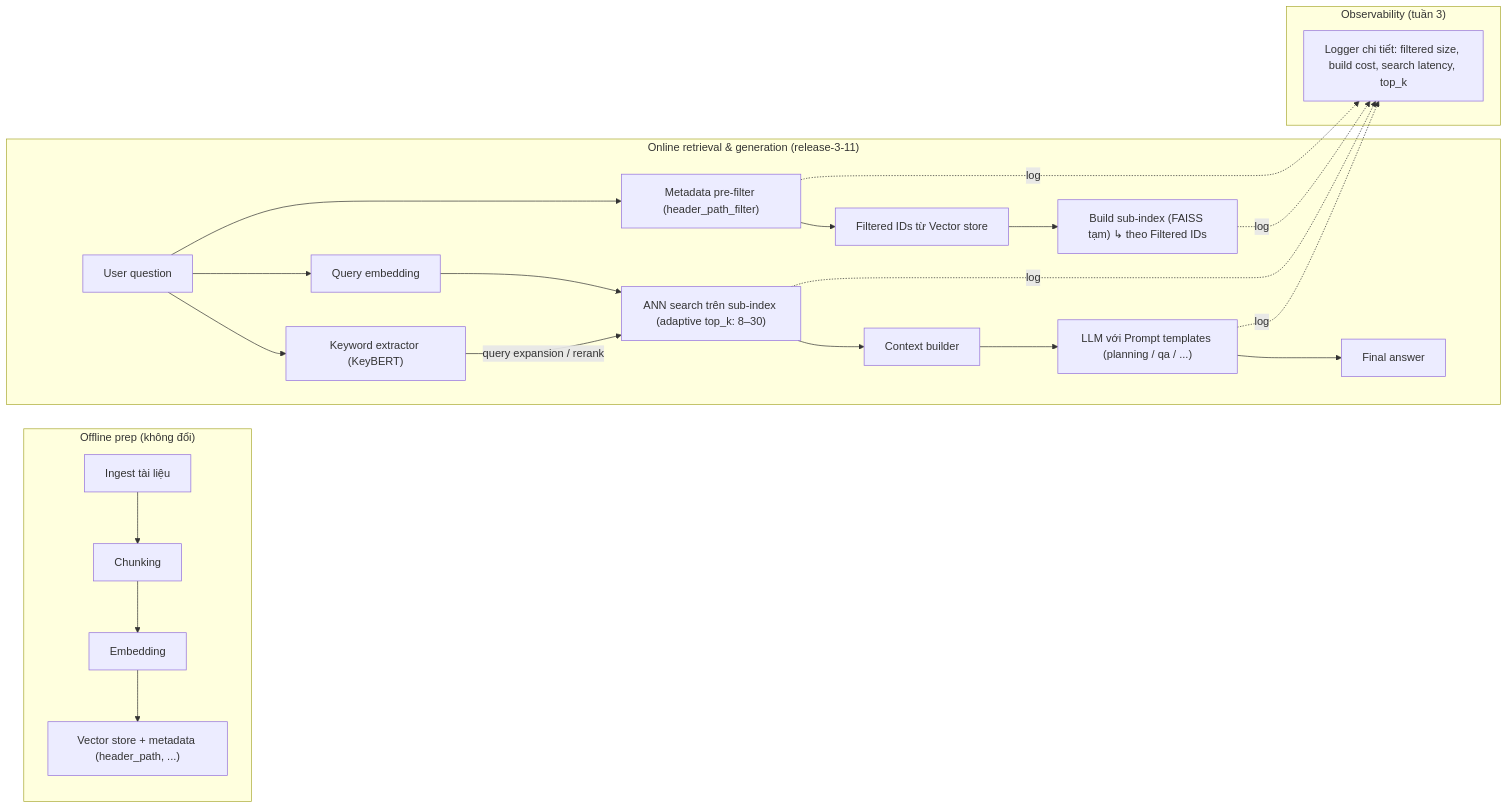
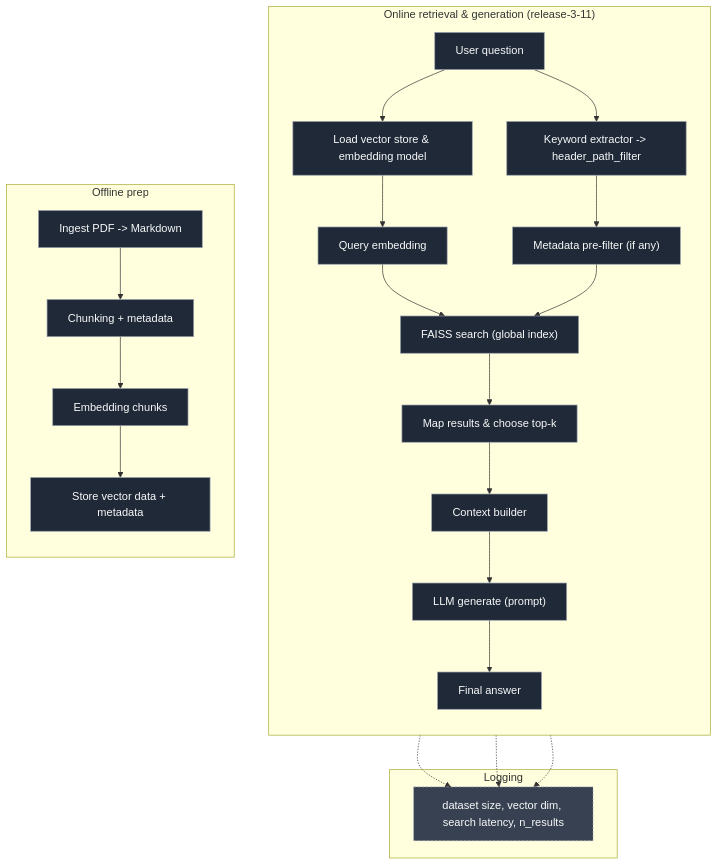
Before and after one commit to ngoctam033/Development-of-a-RAG-System-for-Vietnamese-Educational: the diagram in BaoCaoTuan_3.md, drawn with Mermaid. The commit also changed other lines of this file, not shown here.

Commit message:
fix mermaid diagram in week 3 report

````diff
--- a/BaoCaoTuan_3.md
+++ b/BaoCaoTuan_3.md
@@ -29,36 +29,50 @@
-```mermaid
-flowchart LR
-%% ========= OFFLINE PREP =========
-subgraph A ["Offline prep (không đổi)"]
-    A1["Ingest tài liệu"] --> A2["Chunking"]
-    A2 --> A3["Embedding"]
-    A3 --> A4["Vector store + metadata (header_path, ...)"]
+``` mermaid
+flowchart TB
+
+%% ---- Classes ----
+classDef block fill:#1f2937,stroke:#9ca3af,color:#f9fafb
+classDef obs   fill:#374151,stroke:#9ca3af,color:#f9fafb,stroke-dasharray:3 3
+
+%% ---- ONLINE ----
+subgraph B["Online retrieval & generation (release-3-11)"]
+direction TB
+  Q1["User question"]
+  Q3["Load vector store & embedding model"]
+  Q4["Query embedding"]
+  Q5["Metadata pre-filter (if any)"]
+  Q6["FAISS search (global index)"]
+  Q7["Map results & choose top-k"]
+  Q8["Context builder"]
+  Q9["LLM generate (prompt)"]
+  Q10["Final answer"]
+  Q2["Keyword extractor -> header_path_filter"]
+
+  Q1 --> Q3 --> Q4 --> Q6 --> Q7 --> Q8 --> Q9 --> Q10
+  Q1 --> Q2 --> Q5 --> Q6
 end
 
-%% ========= ONLINE QUERY =========
-subgraph B ["Online retrieval & generation (release-3-11)"]
-    Q1["User question"] --> Q2["Keyword extractor (KeyBERT)"]
-    Q1 --> Q3["Query embedding"]
-    Q1 --> Q4["Metadata pre-filter (header_path_filter)"]
-
-    Q4 --> Q5["Filtered IDs từ Vector store"]
-    Q5 --> Q6["Build sub-index (FAISS tạm) ↳ theo Filtered IDs"]
-
-    Q2 -- "query expansion / rerank" --> Q7
-    Q3 --> Q7["ANN search trên sub-index (adaptive top_k: 8–30)"]
-
-    Q7 --> Q8["Context builder"]
-    Q8 --> Q9["LLM với Prompt templates (planning / qa / ...)"]
-    Q9 --> Q10["Final answer"]
+%% ---- OFFLINE ----
+subgraph A["Offline prep"]
+direction TB
+  A1["Ingest PDF -> Markdown"]
+  A2["Chunking + metadata"]
+  A3["Embedding chunks"]
+  A4["Store vector data + metadata"]
+  A1 --> A2 --> A3 --> A4
 end
 
-%% ========= OBSERVABILITY =========
-subgraph C ["Observability (tuần 3)"]
-    L1["Logger chi tiết: filtered size, build cost, search latency, top_k"]
+%% ---- LOGGING ----
+subgraph C["Logging"]
+  L1["dataset size, vector dim, search latency, n_results"]
 end
 
-Q4 -. "log" .-> L1
-Q6 -. "log" .-> L1
-Q7 -. "log" .-> L1
-Q9 -. "log" .-> L1
+Q3 -.-> L1
+Q6 -.-> L1
+Q9 -.-> L1
+
+%% ---- Apply classes AFTER definitions ----
+class Q1,Q2,Q3,Q4,Q5,Q6,Q7,Q8,Q9,Q10 block
+class A1,A2,A3,A4 block
+class L1 obs
+
 ```
````
